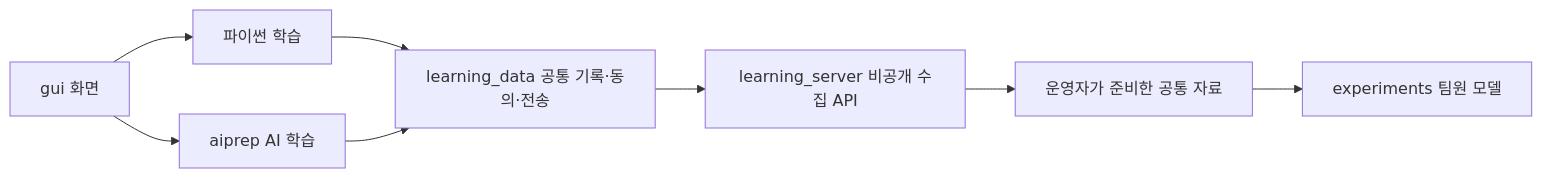
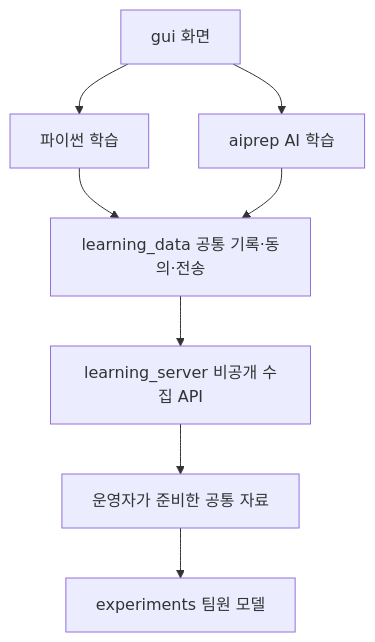
Before and after one commit to WaterMinCho/programming-study: the diagram in docs/ARCHITECTURE.md, drawn with Mermaid.

Commit message:
docs: 폴더 연결 그림을 세로로 정리 (#176)

````diff
--- a/docs/ARCHITECTURE.md
+++ b/docs/ARCHITECTURE.md
@@ -36,10 +36,10 @@
 ```mermaid
-flowchart LR
+flowchart TB
     UI[gui 화면] --> PY[파이썬 학습]
     UI --> AI[aiprep AI 학습]
     PY --> DATA[learning_data 공통 기록·동의·전송]
     AI --> DATA
     DATA --> API[learning_server 비공개 수집 API]
     API --> EXPORT[운영자가 준비한 공통 자료]
     EXPORT --> MODEL[experiments 팀원 모델]
 ```
````
